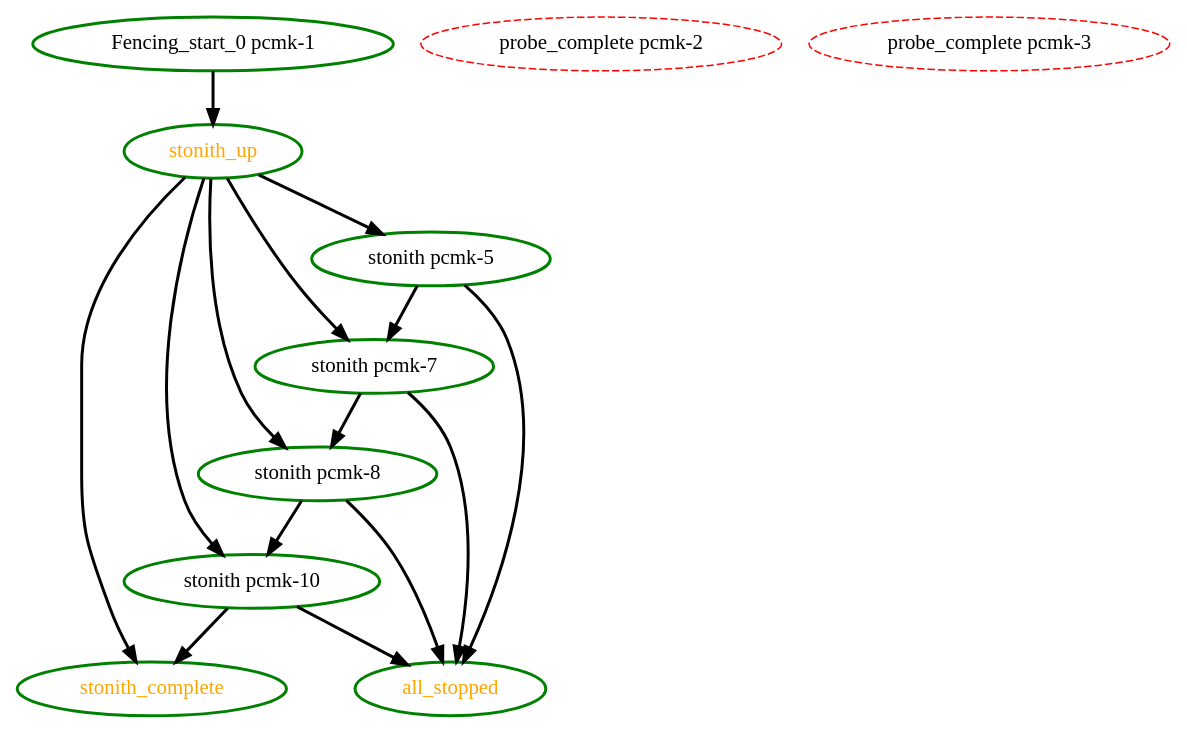
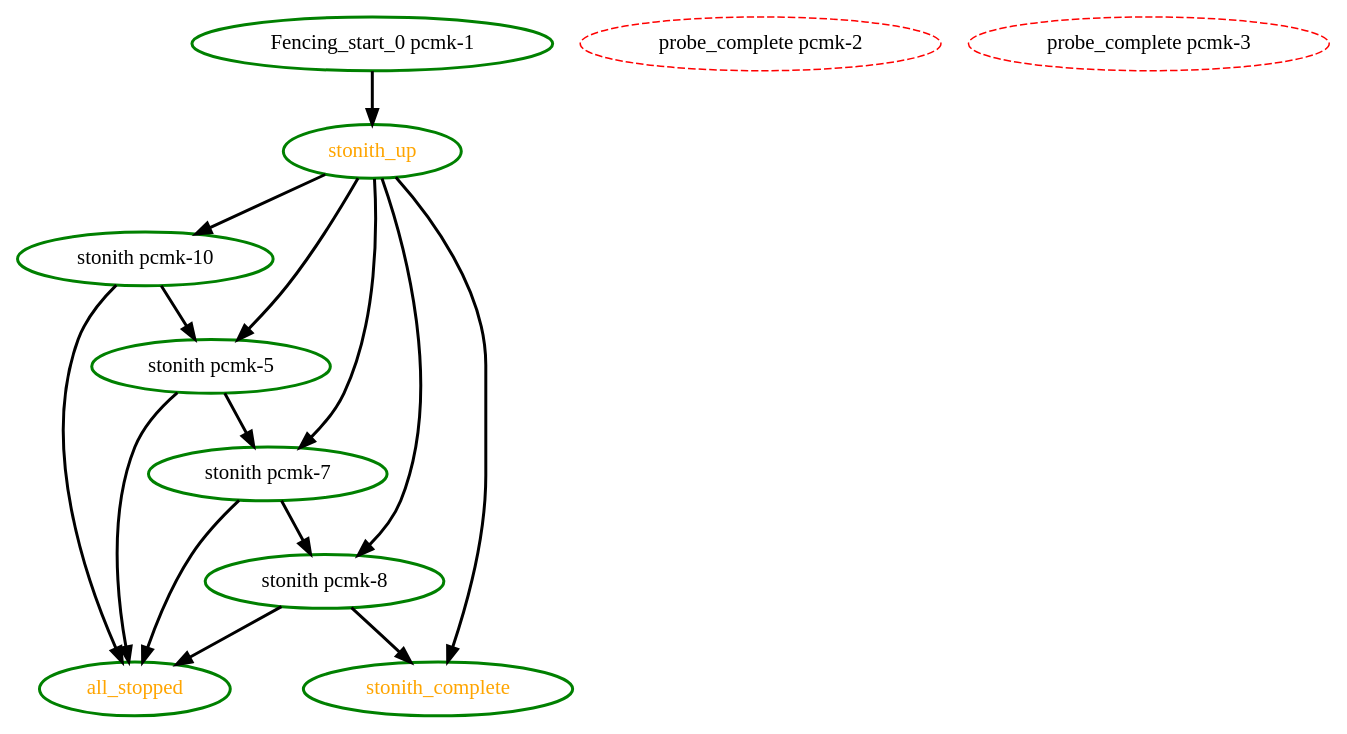
The diagram in pengine/test10/stonith-4.dot (ClusterLabs/pacemaker), drawn with Graphviz before and after one commit. The commit also changed 134 other files, not shown here.

```diff
--- a/pengine/test10/stonith-4.dot
+++ b/pengine/test10/stonith-4.dot
@@ -1,26 +1,26 @@
 digraph "g" {
 "Fencing_start_0 pcmk-1" -> "stonith_up" [ style = bold]
 "Fencing_start_0 pcmk-1" [ style=bold color="green" fontcolor="black"]
 "all_stopped" [ style=bold color="green" fontcolor="orange"]
 "probe_complete pcmk-2" [ style=dashed color="red" fontcolor="black"]
 "probe_complete pcmk-3" [ style=dashed color="red" fontcolor="black"]
 "stonith pcmk-10" -> "all_stopped" [ style = bold]
-"stonith pcmk-10" -> "stonith_complete" [ style = bold]
+"stonith pcmk-10" -> "stonith pcmk-5" [ style = bold]
 "stonith pcmk-10" [ style=bold color="green" fontcolor="black"]
 "stonith pcmk-5" -> "all_stopped" [ style = bold]
 "stonith pcmk-5" -> "stonith pcmk-7" [ style = bold]
 "stonith pcmk-5" [ style=bold color="green" fontcolor="black"]
 "stonith pcmk-7" -> "all_stopped" [ style = bold]
 "stonith pcmk-7" -> "stonith pcmk-8" [ style = bold]
 "stonith pcmk-7" [ style=bold color="green" fontcolor="black"]
 "stonith pcmk-8" -> "all_stopped" [ style = bold]
-"stonith pcmk-8" -> "stonith pcmk-10" [ style = bold]
+"stonith pcmk-8" -> "stonith_complete" [ style = bold]
 "stonith pcmk-8" [ style=bold color="green" fontcolor="black"]
 "stonith_complete" [ style=bold color="green" fontcolor="orange"]
 "stonith_up" -> "stonith pcmk-10" [ style = bold]
 "stonith_up" -> "stonith pcmk-5" [ style = bold]
 "stonith_up" -> "stonith pcmk-7" [ style = bold]
 "stonith_up" -> "stonith pcmk-8" [ style = bold]
 "stonith_up" -> "stonith_complete" [ style = bold]
 "stonith_up" [ style=bold color="green" fontcolor="orange"]
 }
```
